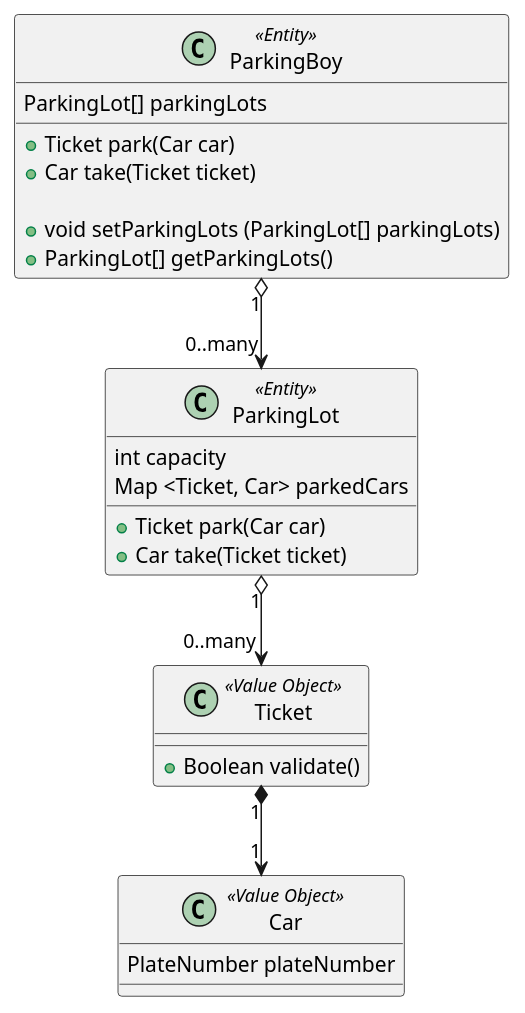
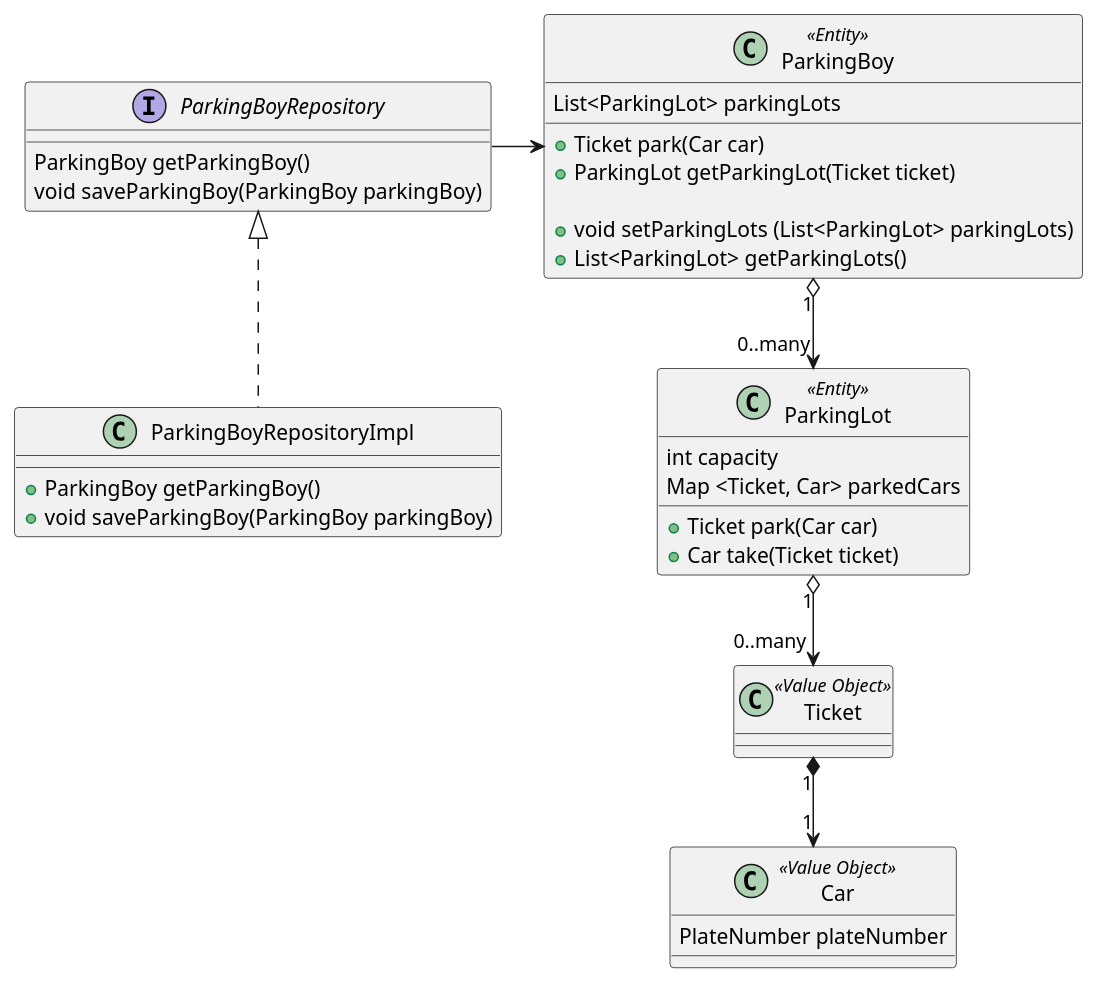
One commit to dlstonedl/ddd-practice changed the diagram in src/main/resources/plantuml/ParkingLotsManagement.puml. Above: the diagram before and after it, drawn with PlantUML. The commit also changed 1 other file, not shown here.

Commit message:
modify uml

```diff
--- a/src/main/resources/plantuml/ParkingLotsManagement.puml
+++ b/src/main/resources/plantuml/ParkingLotsManagement.puml
@@ -1,35 +1,47 @@
 @startuml
 
-Class ParkingBoy << Entity >> {
-  ParkingLot[] parkingLots
+class ParkingBoy << Entity >> {
+  List<ParkingLot> parkingLots
 
   + Ticket park(Car car)
-  + Car take(Ticket ticket)
+  + ParkingLot getParkingLot(Ticket ticket)
 
-  + void setParkingLots (ParkingLot[] parkingLots)
-  + ParkingLot[] getParkingLots()
+  + void setParkingLots (List<ParkingLot> parkingLots)
+  + List<ParkingLot> getParkingLots()
 }
 
+interface ParkingBoyRepository {
+  ParkingBoy getParkingBoy()
+  void saveParkingBoy(ParkingBoy parkingBoy)
+}
+
+class ParkingBoyRepositoryImpl {
+  + ParkingBoy getParkingBoy()
+  + void saveParkingBoy(ParkingBoy parkingBoy)
+}
+
+ParkingBoyRepository <|.. ParkingBoyRepositoryImpl
+
+ParkingBoyRepository -> ParkingBoy
 
 class ParkingLot << Entity >> {
   int capacity
   Map <Ticket, Car> parkedCars
 
   + Ticket park(Car car)
   + Car take(Ticket ticket)
 }
 
 
 Class Car << Value Object >> {
     PlateNumber plateNumber
 }
 
 Class Ticket << Value Object >> {
-  + Boolean validate()
 }
 
 Ticket "1" *--> "1" Car
 ParkingLot "1" o--> "0..many" Ticket
 ParkingBoy "1" o--> "0..many" ParkingLot
 
 @enduml
```
